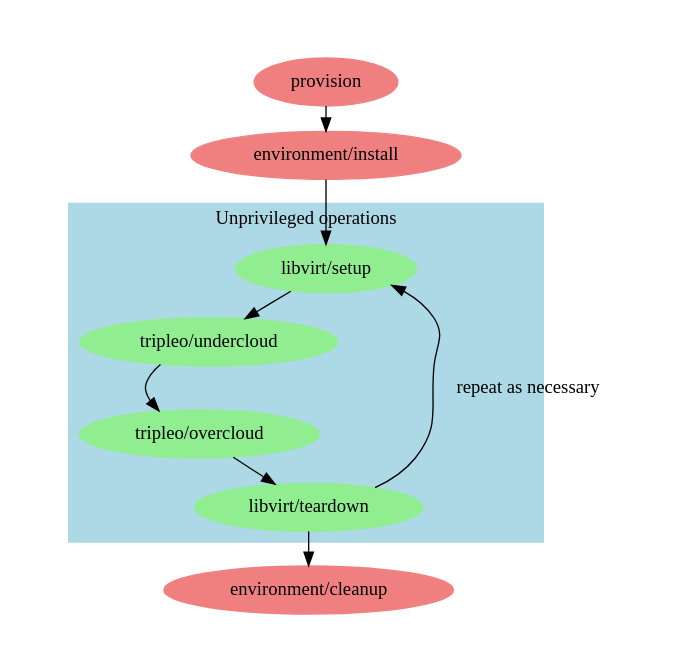
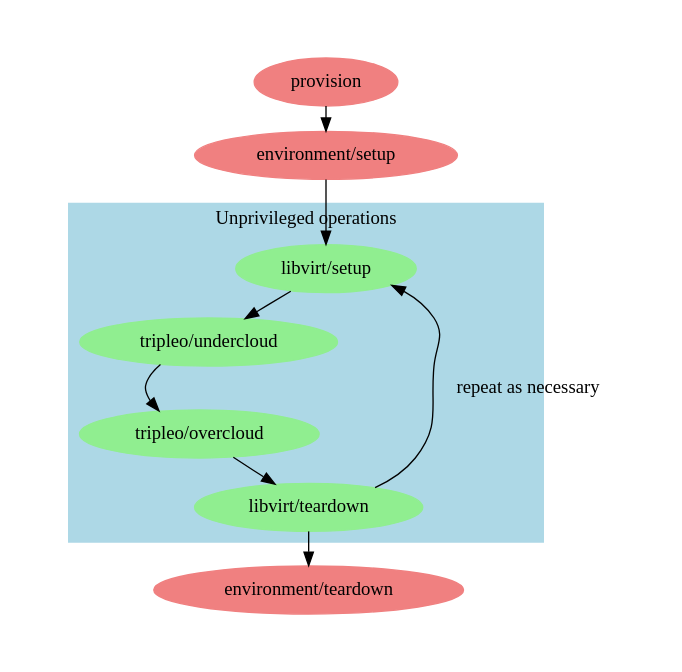
One commit to larsks/oooq-workflow changed the diagram in workflow.dot. Above: the diagram before and after it, drawn with Graphviz. The commit also changed 2 other files, not shown here.

```diff
--- a/workflow.dot
+++ b/workflow.dot
@@ -1,27 +1,27 @@
 digraph {
 	graph [pad="0.5", ranksep="0.25", nodesep="2"];
 
 	node [style="filled", color="#90EE90"];
 	provision [color="#f08080"];
-	"environment/install" [color="#f08080"];
+	"environment/setup" [color="#f08080"];
 	"libvirt/setup";
 	"tripleo/undercloud";
 	"tripleo/overcloud";
 	"libvirt/teardown";
-	"environment/cleanup" [color="#f08080"];
+	"environment/teardown" [color="#f08080"];
 
-	provision -> "environment/install";
-	"environment/install" -> "libvirt/setup";
+	provision -> "environment/setup";
+	"environment/setup" -> "libvirt/setup";
 
 	subgraph cluster_unprivileged {
 		style = filled;
 		color = lightblue;
 		label = "Unprivileged operations";
 		"libvirt/setup" -> "tripleo/undercloud";
 		"tripleo/undercloud" -> "tripleo/overcloud";
 		"tripleo/overcloud" -> "libvirt/teardown";
 		"libvirt/teardown" -> "libvirt/setup" [label="repeat as necessary"];
 	}
 
-	"libvirt/teardown" -> "environment/cleanup";
+	"libvirt/teardown" -> "environment/teardown";
 }
```
